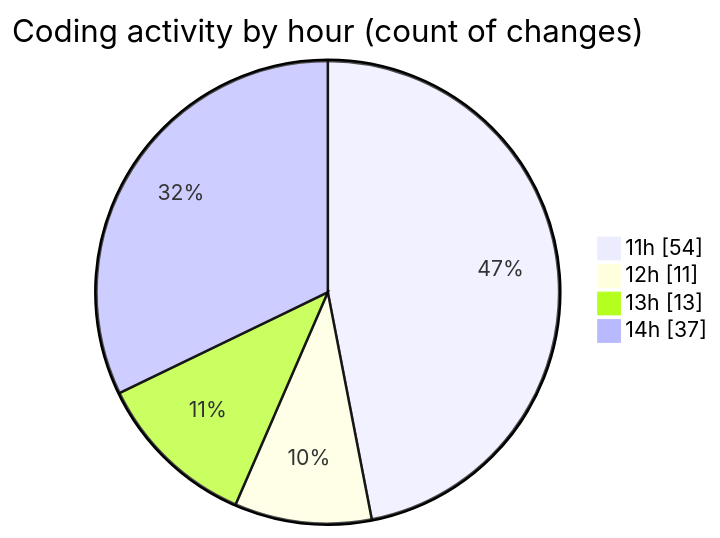
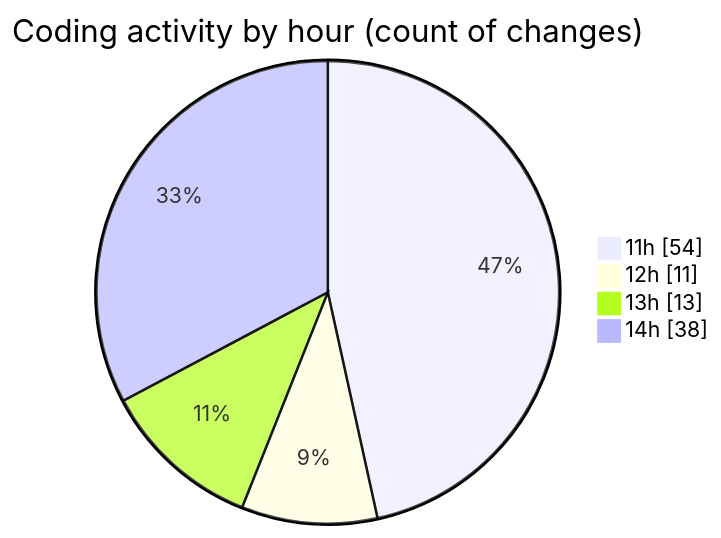
One commit to robertbonfada/code-tracking changed the second of 2 diagrams in 2025-03-17/audiobooks-web/README.md. Above: the diagram before and after it, drawn with Mermaid. The commit also changed other lines of this file and 1 other file, not shown here.

````diff
--- a/2025-03-17/audiobooks-web/README.md
+++ b/2025-03-17/audiobooks-web/README.md
@@ -42,8 +42,8 @@
 ```mermaid
 pie showData
 title Coding activity by hour (count of changes)
 "11h" : 54
 "12h" : 11
 "13h" : 13
-"14h" : 37
+"14h" : 38
 ```
````
